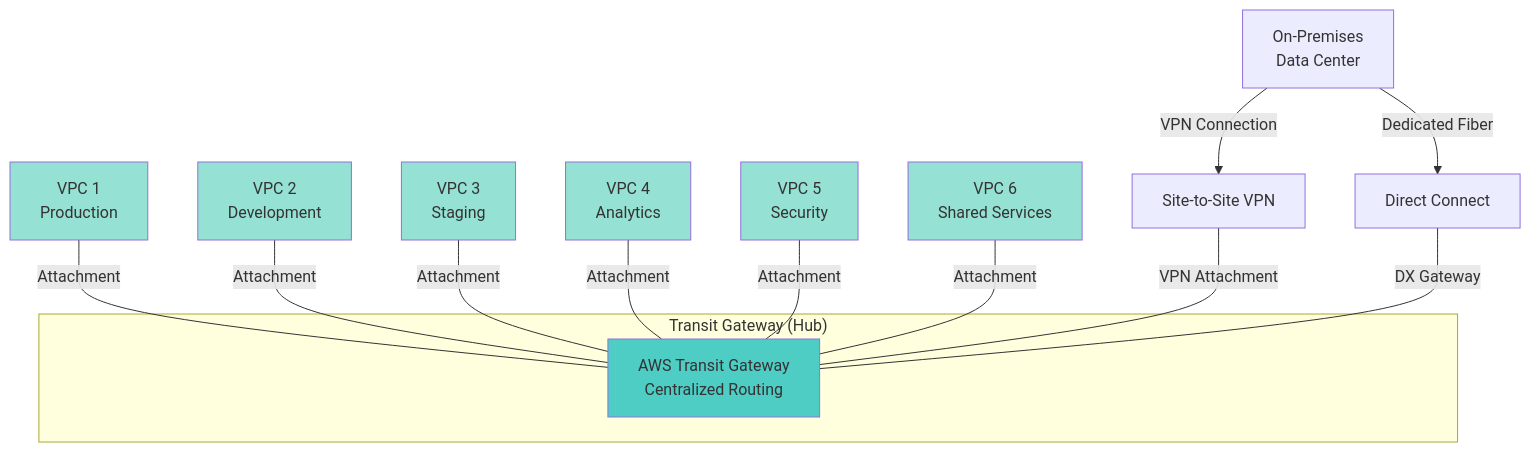
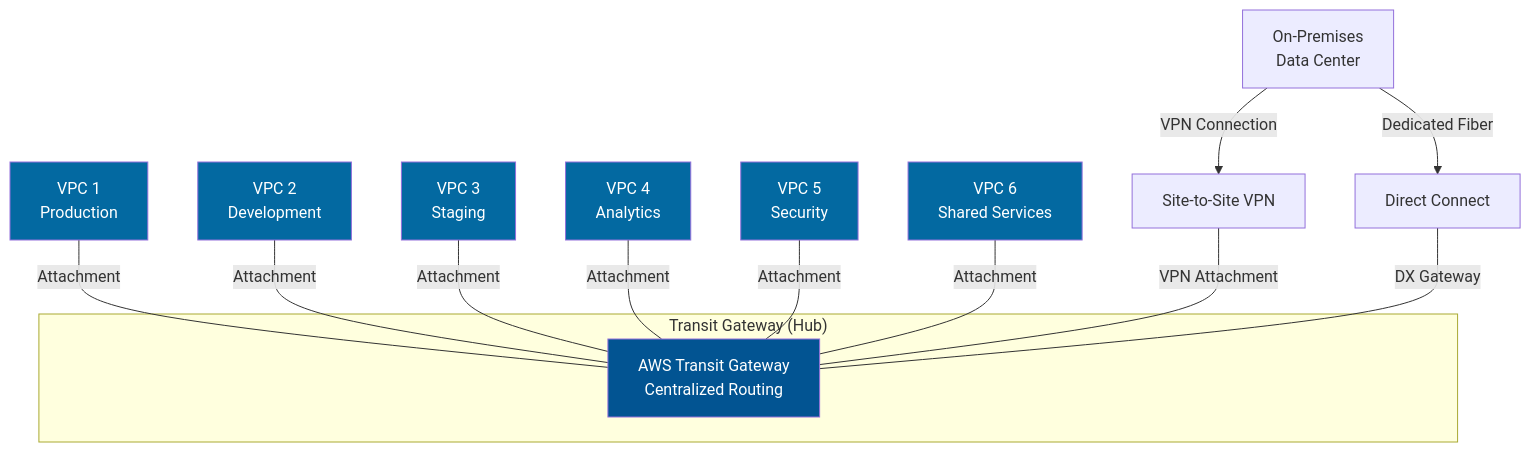
Before and after one commit to NguyenKhanhDuy2703/Cloud-Learning-Journey: the third of 11 diagrams in 03_Networking/AWS_Network_Connectivity_Options.md, drawn with Mermaid. The commit also changed other lines of this file and 1 other file, not shown here.

````diff
--- a/03_Networking/AWS_Network_Connectivity_Options.md
+++ b/03_Networking/AWS_Network_Connectivity_Options.md
@@ -183,37 +208,37 @@
 ```mermaid
 graph TB
     subgraph Hub["Transit Gateway (Hub)"]
         TGW[AWS Transit Gateway<br/>Centralized Routing]
     end
-    
+
     VPC1[VPC 1<br/>Production]
     VPC2[VPC 2<br/>Development]
     VPC3[VPC 3<br/>Staging]
     VPC4[VPC 4<br/>Analytics]
     VPC5[VPC 5<br/>Security]
     VPC6[VPC 6<br/>Shared Services]
-    
+
     OnPrem[On-Premises<br/>Data Center]
     VPN[Site-to-Site VPN]
     DX[Direct Connect]
-    
+
     VPC1 ---|Attachment| TGW
     VPC2 ---|Attachment| TGW
     VPC3 ---|Attachment| TGW
     VPC4 ---|Attachment| TGW
     VPC5 ---|Attachment| TGW
     VPC6 ---|Attachment| TGW
-    
+
     OnPrem -->|VPN Connection| VPN
     OnPrem -->|Dedicated Fiber| DX
     VPN ---|VPN Attachment| TGW
     DX ---|DX Gateway| TGW
-    
-    style TGW fill:#4ecdc4
-    style VPC1 fill:#95e1d3
-    style VPC2 fill:#95e1d3
-    style VPC3 fill:#95e1d3
-    style VPC4 fill:#95e1d3
-    style VPC5 fill:#95e1d3
-    style VPC6 fill:#95e1d3
+
+    style TGW fill:#025492,color:#ffffff
+    style VPC1 fill:#0369a1,color:#ffffff
+    style VPC2 fill:#0369a1,color:#ffffff
+    style VPC3 fill:#0369a1,color:#ffffff
+    style VPC4 fill:#0369a1,color:#ffffff
+    style VPC5 fill:#0369a1,color:#ffffff
+    style VPC6 fill:#0369a1,color:#ffffff
 ```
````
